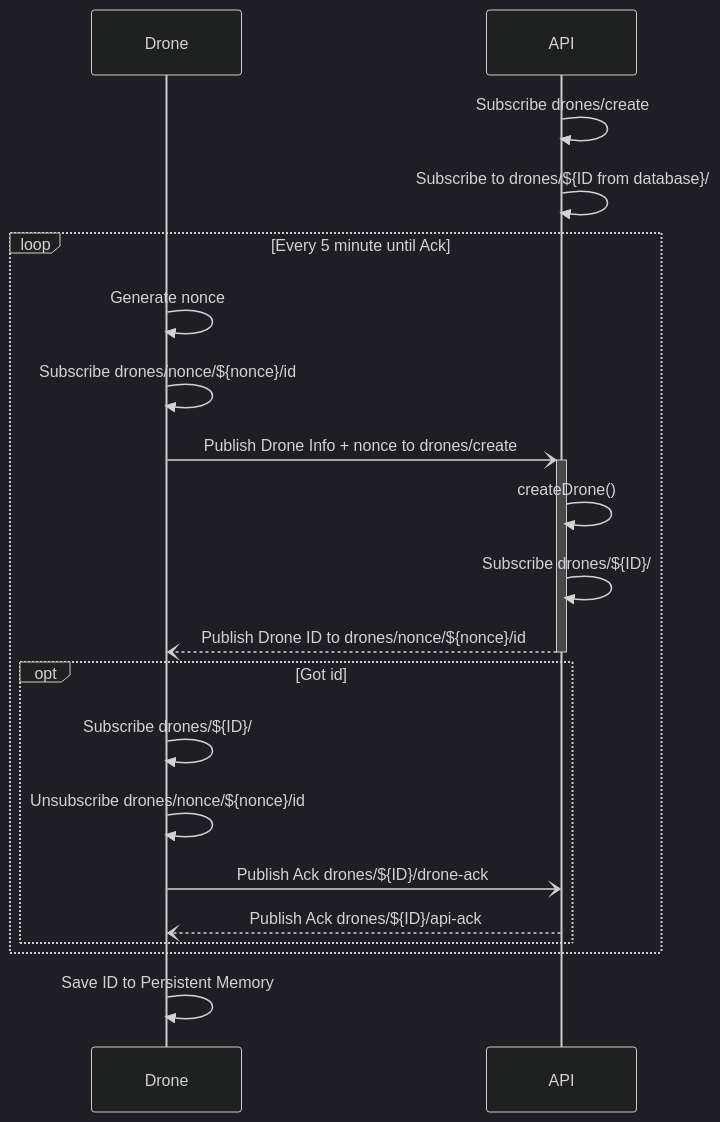
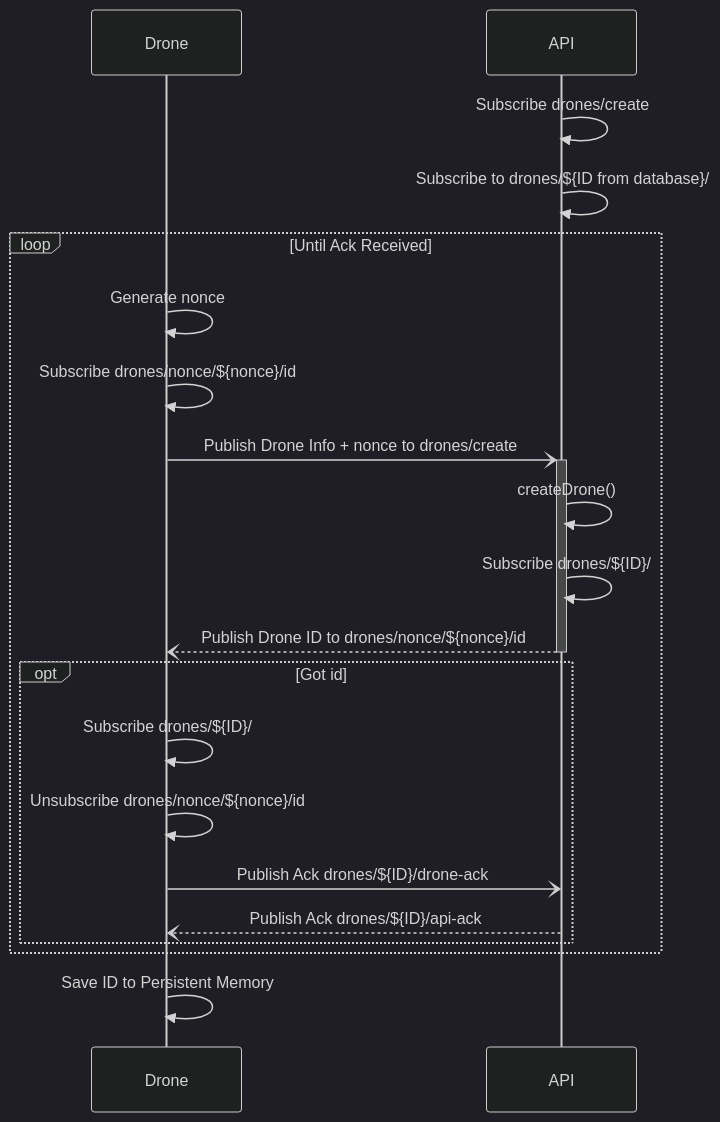
The diagram in sequence-diagrams-mermaid/drone-create.md (eliashetland/ttm4115), drawn with Mermaid (dark theme) before and after one commit.

Commit message:
amended drone-create sequence diagram

````diff
--- a/sequence-diagrams-mermaid/drone-create.md
+++ b/sequence-diagrams-mermaid/drone-create.md
@@ -3,35 +3,35 @@
 ```mermaid
 sequenceDiagram
     participant Drone
     participant API
 
     API->>API: Subscribe drones/create
 
     API->>API: Subscribe to drones/${ID from database}/#
 
-    loop Every 5 minute until Ack
+    loop Until Ack Received
         Drone->>Drone: Generate nonce
 
         Drone->>Drone: Subscribe drones/nonce/${nonce}/id
 
         Drone-)+API: Publish Drone Info + nonce to drones/create
 
         API->>API: createDrone()
 
         API->>API: Subscribe drones/${ID}/#
 
         API--)-Drone: Publish Drone ID to drones/nonce/${nonce}/id
 
         opt Got id
             Drone->>Drone: Subscribe drones/${ID}/#
 
             Drone->>Drone: Unsubscribe drones/nonce/${nonce}/id
 
             Drone-)API: Publish Ack drones/${ID}/drone-ack
 
             API--)Drone: Publish Ack drones/${ID}/api-ack
         end
     end
 
     Drone->>Drone: Save ID to Persistent Memory
 ```
````
